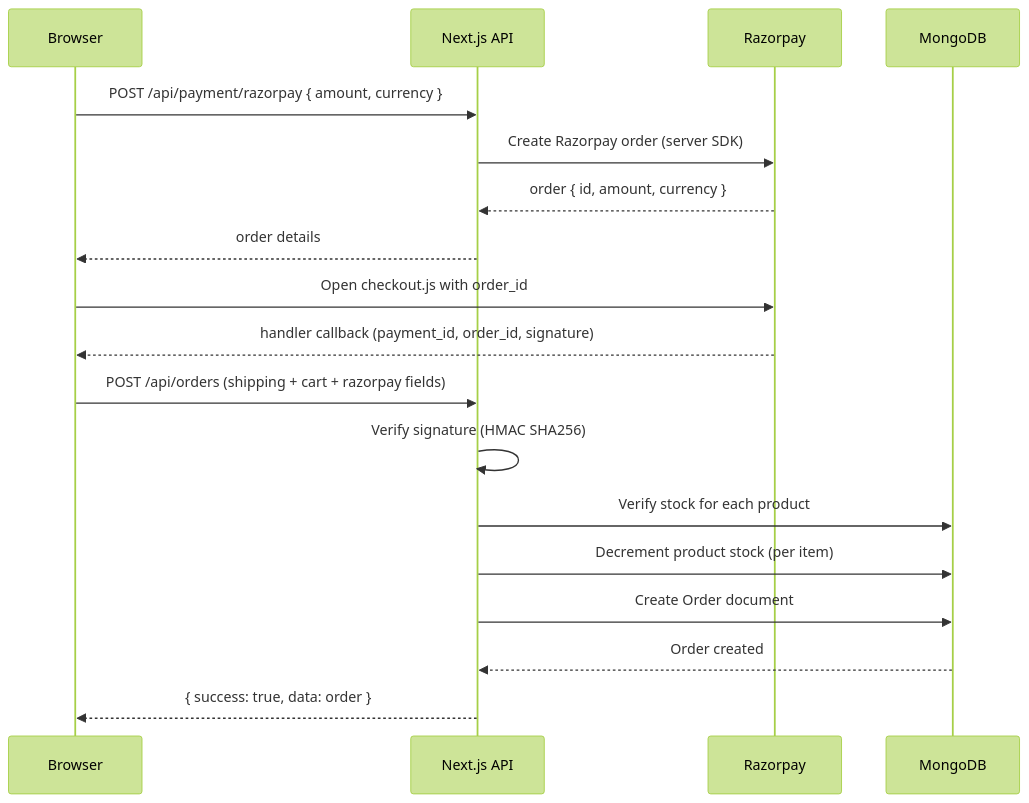
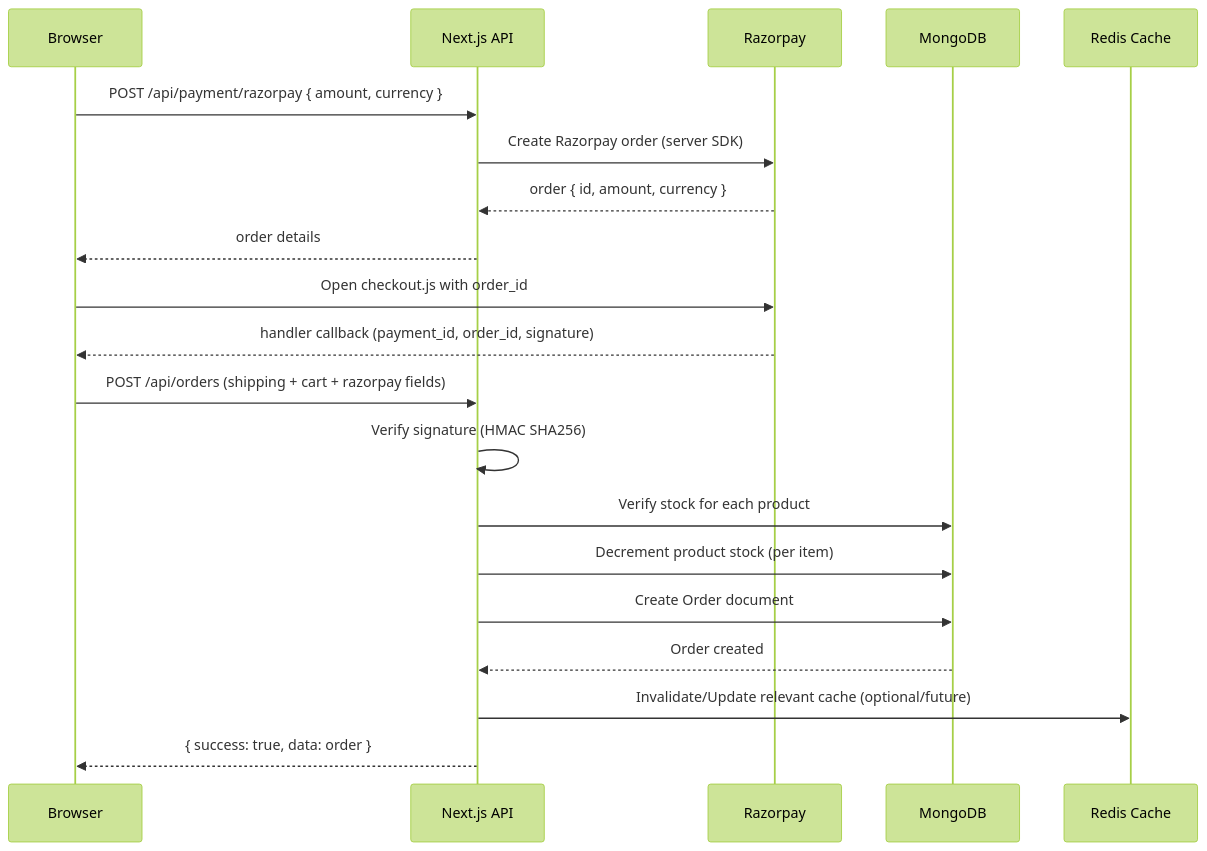
One commit to Matrixszh/EcommF changed the third of 5 diagrams in .trae/documents/ecommerce-architecture.md. Above: the diagram before and after it, drawn with Mermaid (forest theme). The commit also changed other lines of this file and 26 other files, not shown here.

````diff
--- a/.trae/documents/ecommerce-architecture.md
+++ b/.trae/documents/ecommerce-architecture.md
@@ -192,23 +198,25 @@
 ```mermaid
 sequenceDiagram
   participant Browser
   participant Next as Next.js API
   participant Razor as Razorpay
   participant Mongo as MongoDB
+  participant Redis as Redis Cache
 
   Browser->>Next: POST /api/payment/razorpay { amount, currency }
   Next->>Razor: Create Razorpay order (server SDK)
   Razor-->>Next: order { id, amount, currency }
   Next-->>Browser: order details
 
   Browser->>Razor: Open checkout.js with order_id
   Razor-->>Browser: handler callback (payment_id, order_id, signature)
 
   Browser->>Next: POST /api/orders (shipping + cart + razorpay fields)
   Next->>Next: Verify signature (HMAC SHA256)
   Next->>Mongo: Verify stock for each product
   Next->>Mongo: Decrement product stock (per item)
   Next->>Mongo: Create Order document
   Mongo-->>Next: Order created
+  Next->>Redis: Invalidate/Update relevant cache (optional/future)
   Next-->>Browser: { success: true, data: order }
 ```
````
